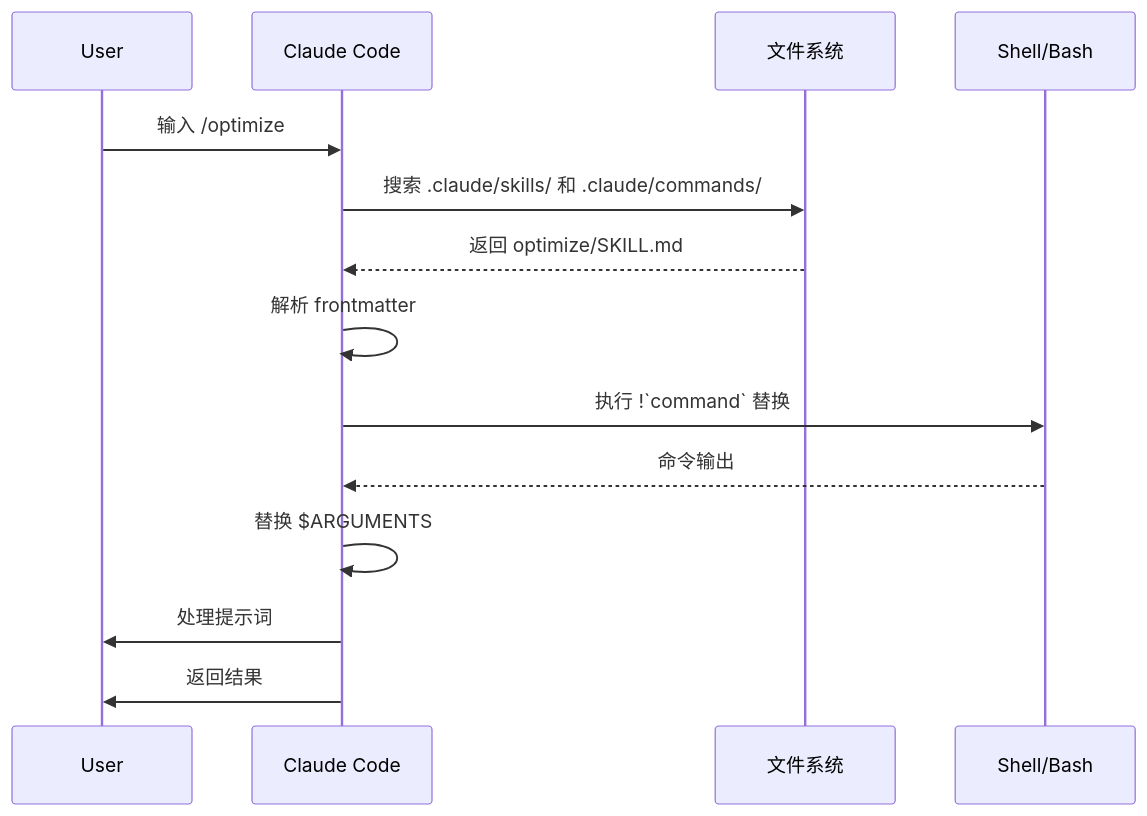
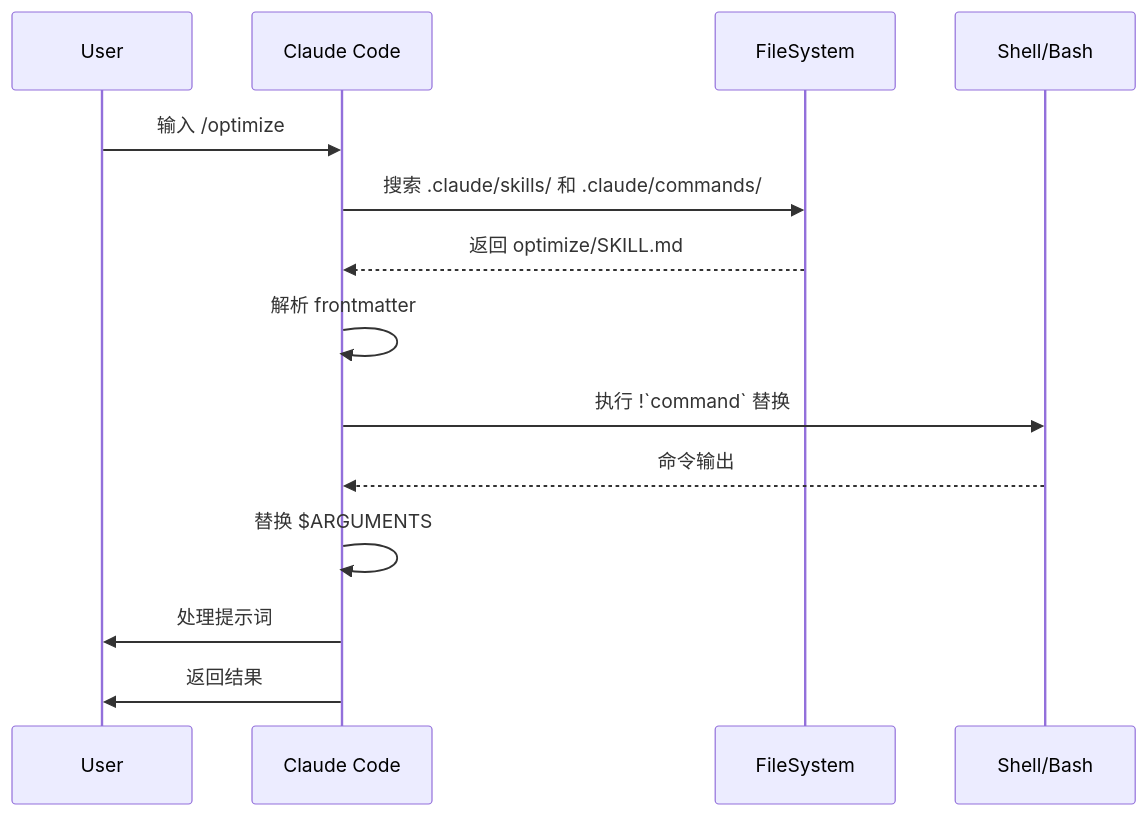
The second of 2 diagrams in claude-howto-zh/01-slash-commands/README.md (Rx782-Fss/claude-howto-zh), drawn with Mermaid before and after one commit. The commit also changed 3 other files, not shown here.

First line of the commit message:
fix: 清除 sequenceDiagram 中 29处 as 中文别名

````diff
--- a/claude-howto-zh/01-slash-commands/README.md
+++ b/claude-howto-zh/01-slash-commands/README.md
@@ -315,17 +315,17 @@
 ```mermaid
 sequenceDiagram
     participant User
     participant Claude as Claude Code
-    participant FS as 文件系统
+    participant FS as FileSystem
     participant CLI as Shell/Bash
 
     User->>Claude: 输入 /optimize
     Claude->>FS: 搜索 .claude/skills/ 和 .claude/commands/
     FS-->>Claude: 返回 optimize/SKILL.md
     Claude->>Claude: 解析 frontmatter
     Claude->>CLI: 执行 !`command` 替换
     CLI-->>Claude: 命令输出
     Claude->>Claude: 替换 $ARGUMENTS
     Claude->>User: 处理提示词
     Claude->>User: 返回结果
 ```
````
